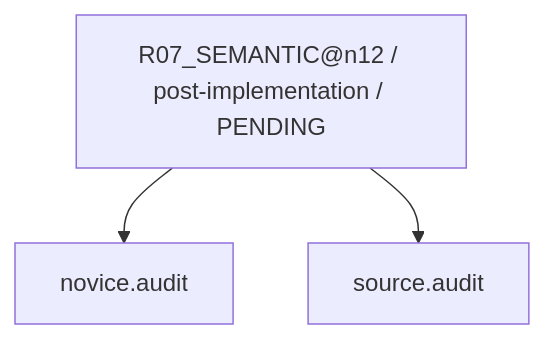
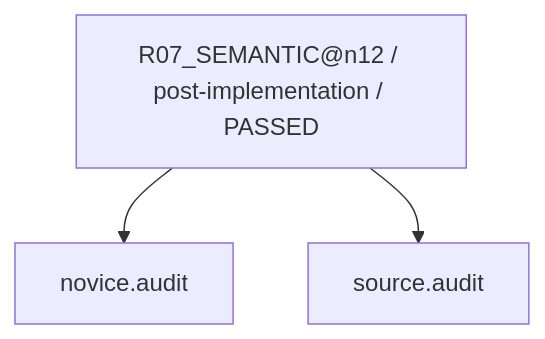
Before and after one commit to rrikunagasige-dot/kyotsu-step-web: diagram 30 of 45 in work/items/W-MATH-036-ne02-n11-n12-guided-design/generated/CAPABILITY_FIRE_DIAGRAM.md, drawn with Mermaid. The commit also changed other lines of this file and 135 other files, not shown here.

````diff
--- a/work/items/W-MATH-036-ne02-n11-n12-guided-design/generated/CAPABILITY_FIRE_DIAGRAM.md
+++ b/work/items/W-MATH-036-ne02-n11-n12-guided-design/generated/CAPABILITY_FIRE_DIAGRAM.md
@@ -492,8 +492,8 @@
 ```mermaid
 flowchart TD
-  N0["R07_SEMANTIC@n12 / post-implementation / PENDING"]
+  N0["R07_SEMANTIC@n12 / post-implementation / PASSED"]
   N1["source.audit"]
   N2["novice.audit"]
   N0 --> N2
   N0 --> N1
 ```
````
